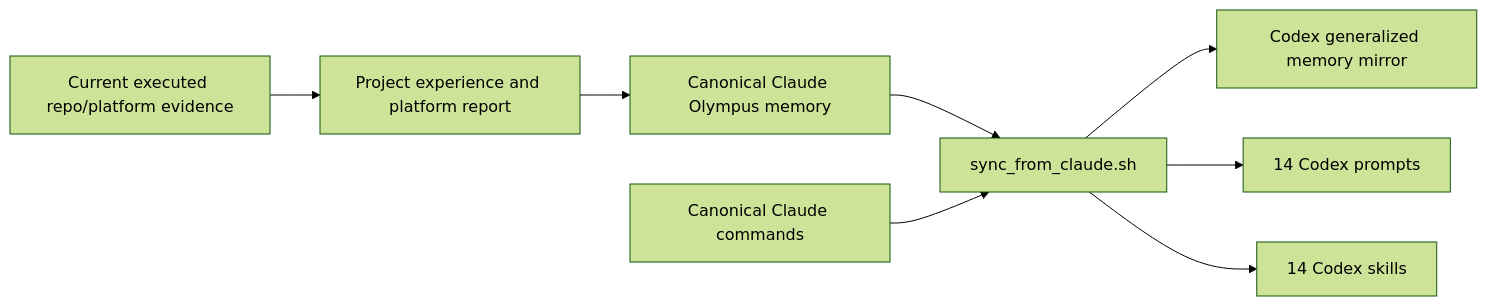
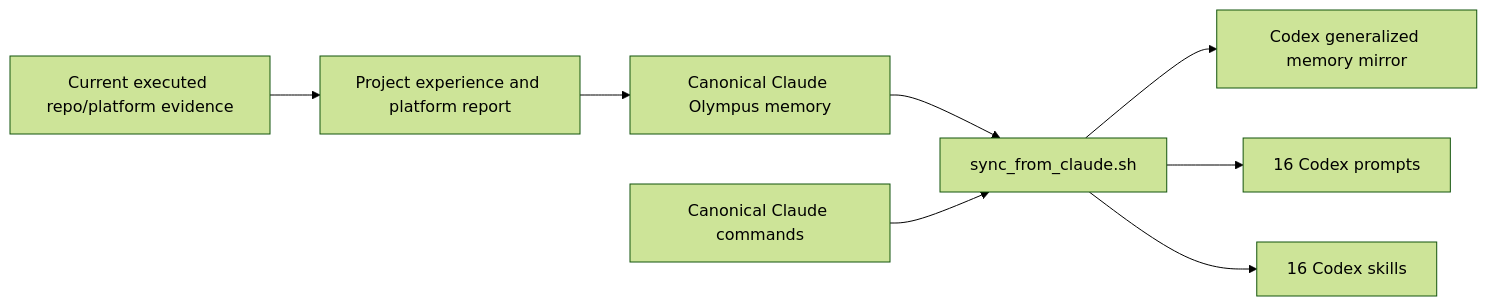
One commit to aurumstylesbrand-source/olympus-analyzer changed the second of 3 diagrams in AUDIT_REPORT_2026-08-24.md. Above: the diagram before and after it, drawn with Mermaid (forest theme). The commit also changed other lines of this file and 6 other files, not shown here.

````diff
--- a/AUDIT_REPORT_2026-08-24.md
+++ b/AUDIT_REPORT_2026-08-24.md
@@ -51,10 +64,10 @@
 ```mermaid
 flowchart LR
     EV[Current executed repo/platform evidence] --> PJ[Project experience and platform report]
     PJ --> CM[Canonical Claude Olympus memory]
     CM --> SYNC[sync_from_claude.sh]
     SYNC --> XM[Codex generalized memory mirror]
     CC[Canonical Claude commands] --> SYNC
-    SYNC --> XP[14 Codex prompts]
-    SYNC --> XS[14 Codex skills]
+    SYNC --> XP[16 Codex prompts]
+    SYNC --> XS[16 Codex skills]
 ```
````
